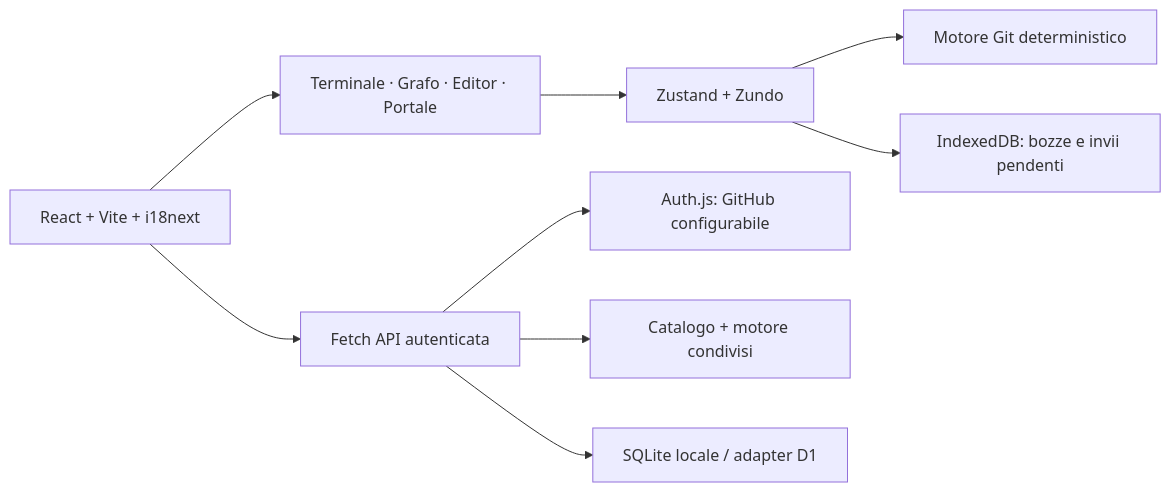
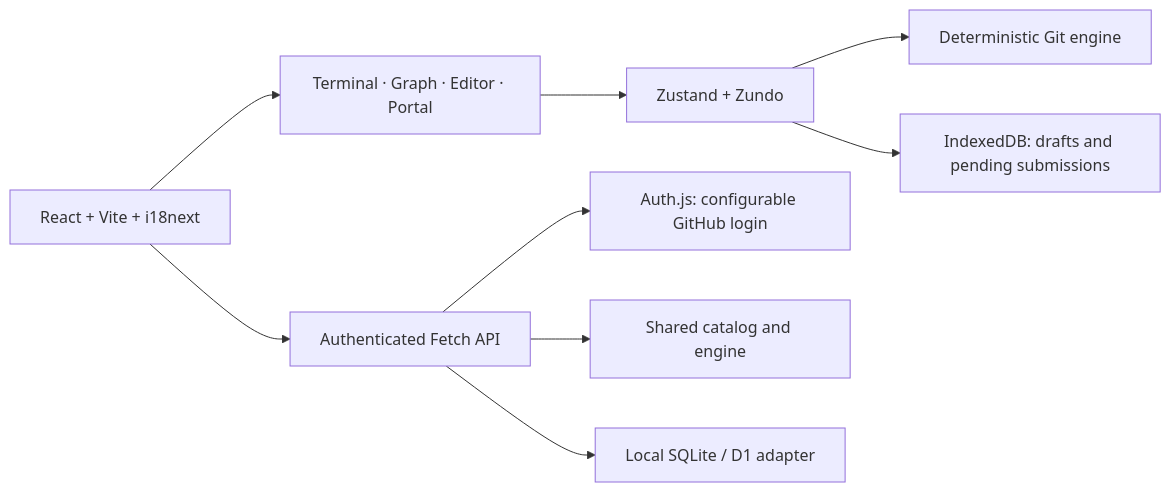
Before and after one commit to ifthenelse/GIT-for-AI-crash-course: the diagram in docs/architecture.md, drawn with Mermaid. The commit also changed other lines of this file and 32 other files, not shown here.

````diff
--- a/docs/architecture.md
+++ b/docs/architecture.md
@@ -9,11 +9,11 @@
 ```mermaid
 flowchart LR
-  Web[React + Vite + i18next] --> Views[Terminale · Grafo · Editor · Portale]
+  Web[React + Vite + i18next] --> Views[Terminal · Graph · Editor · Portal]
   Views --> State[Zustand + Zundo]
-  State --> Engine[Motore Git deterministico]
-  State --> Draft[IndexedDB: bozze e invii pendenti]
-  Web --> API[Fetch API autenticata]
-  API --> Auth[Auth.js: GitHub configurabile]
-  API --> Replay[Catalogo + motore condivisi]
-  API --> DB[SQLite locale / adapter D1]
+  State --> Engine[Deterministic Git engine]
+  State --> Draft[IndexedDB: drafts and pending submissions]
+  Web --> API[Authenticated Fetch API]
+  API --> Auth[Auth.js: configurable GitHub login]
+  API --> Replay[Shared catalog and engine]
+  API --> DB[Local SQLite / D1 adapter]
 ```
````
